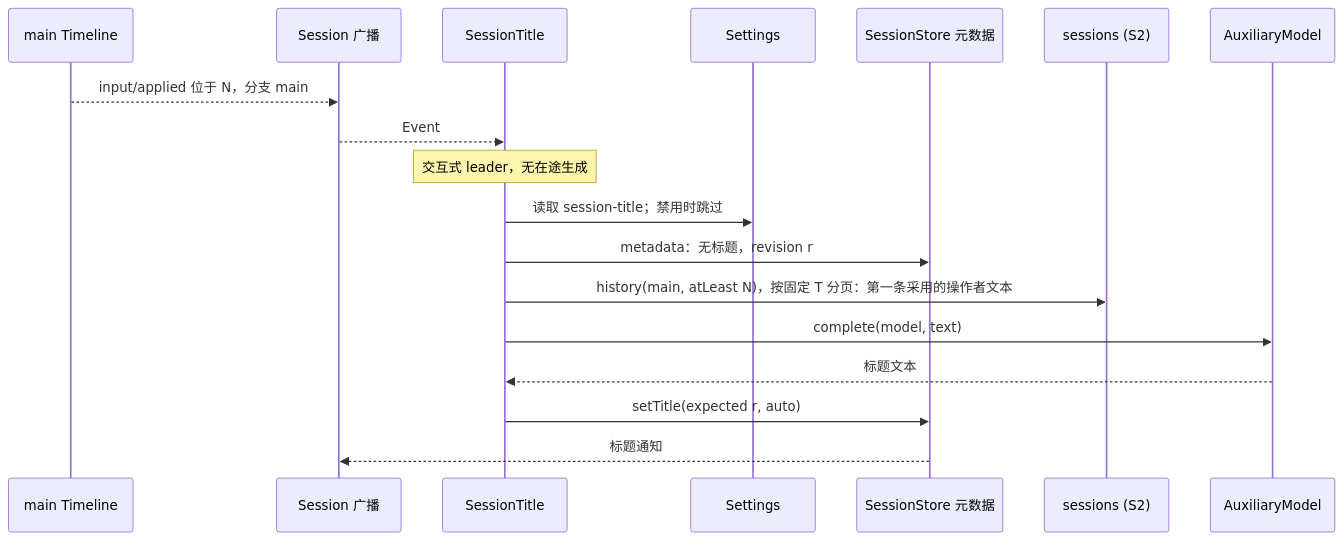
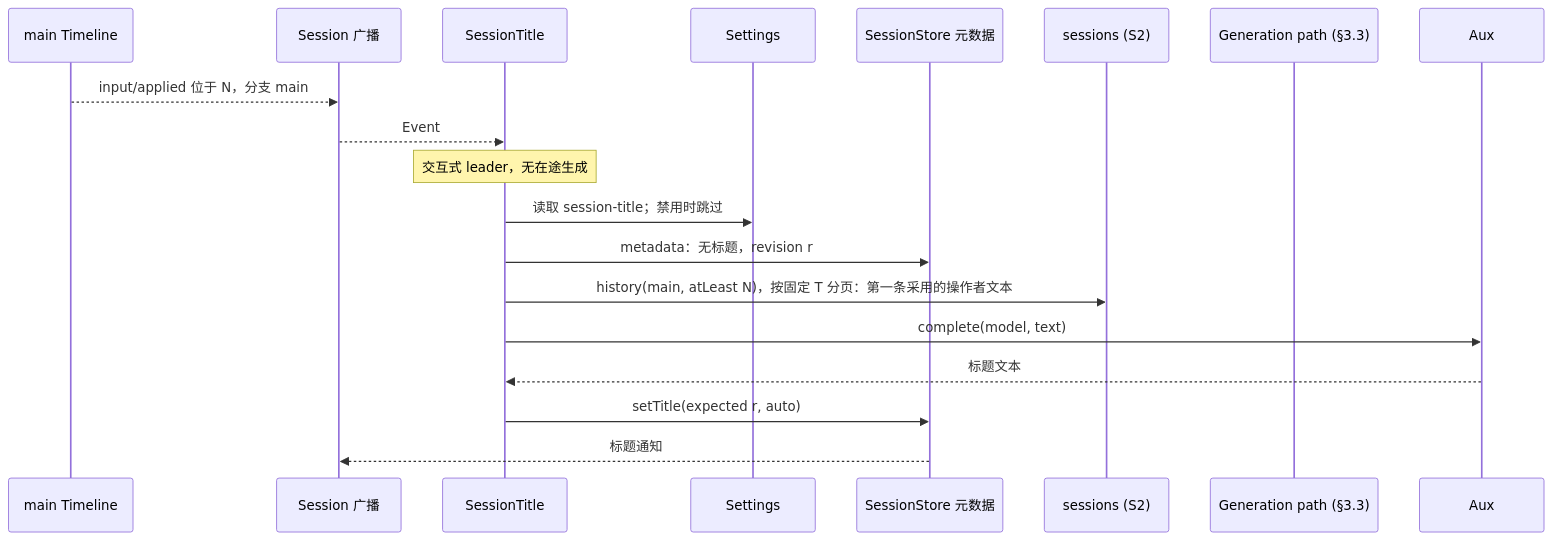
Before and after one commit to CoutinhoTTS/dim-agent: the third of 5 diagrams in docs/zh/design/plugins/SessionTitle.md, drawn with Mermaid. The commit also changed other lines of this file and 13 other files, not shown here.

````diff
--- a/docs/zh/design/plugins/SessionTitle.md
+++ b/docs/zh/design/plugins/SessionTitle.md
@@ -121,20 +121,20 @@
 ```mermaid
 sequenceDiagram
   participant TL as main Timeline
   participant SB as Session 广播
   participant ST as SessionTitle
   participant Settings as Settings
   participant Meta as SessionStore 元数据
   participant Sessions as sessions (S2)
-  participant Aux as AuxiliaryModel
+  participant Gen as Generation path (§3.3)
   TL-->>SB: input/applied 位于 N，分支 main
   SB-->>ST: Event
   Note over ST: 交互式 leader，无在途生成
   ST->>Settings: 读取 session-title；禁用时跳过
   ST->>Meta: metadata：无标题，revision r
   ST->>Sessions: history(main, atLeast N)，按固定 T 分页：第一条采用的操作者文本
   ST->>Aux: complete(model, text)
   Aux-->>ST: 标题文本
   ST->>Meta: setTitle(expected r, auto)
   Meta-->>SB: 标题通知
 ```
````
